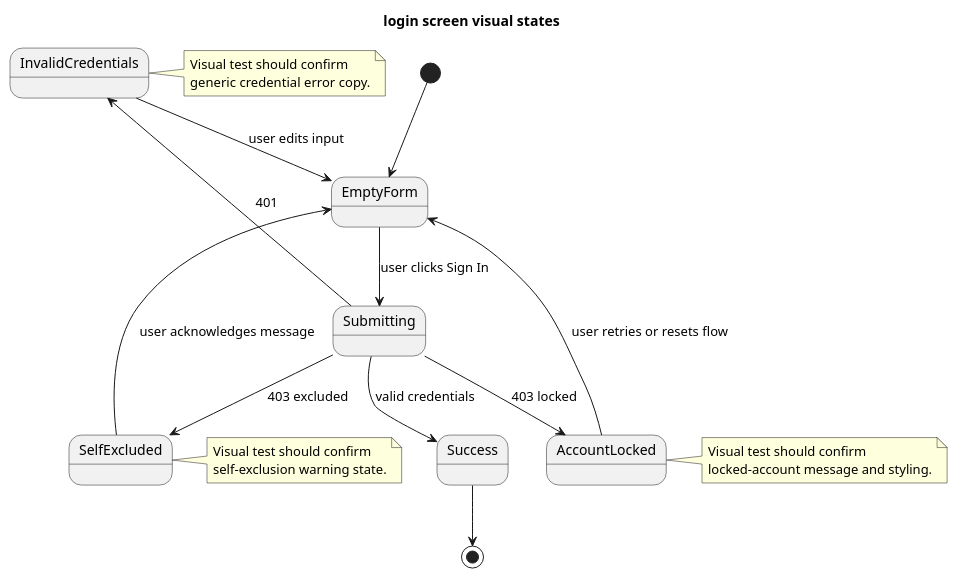
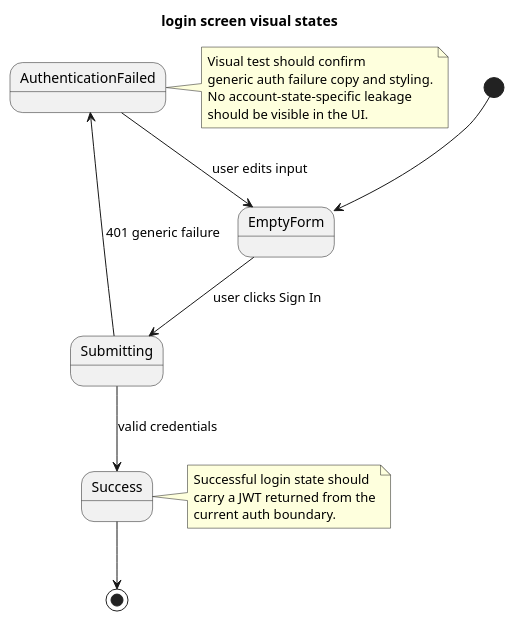
Before and after one commit to smileysmiles/login-base: the diagram in docs/login-visual-states.puml, drawn with PlantUML. The commit also changed 17 other files, not shown here.

Commit message:
Add JWT issuance to login success path

```diff
--- a/docs/login-visual-states.puml
+++ b/docs/login-visual-states.puml
@@ -1,38 +1,30 @@
 @startuml
 title login screen visual states
 
 [*] --> EmptyForm
 EmptyForm --> Submitting : user clicks Sign In
 Submitting --> Success : valid credentials
-Submitting --> InvalidCredentials : 401
-Submitting --> AccountLocked : 403 locked
-Submitting --> SelfExcluded : 403 excluded
+Submitting --> AuthenticationFailed : 401 generic failure
 
-InvalidCredentials --> EmptyForm : user edits input
-AccountLocked --> EmptyForm : user retries or resets flow
-SelfExcluded --> EmptyForm : user acknowledges message
+AuthenticationFailed --> EmptyForm : user edits input
 Success --> [*]
 
 state EmptyForm
 state Submitting
 state Success
-state InvalidCredentials
-state AccountLocked
-state SelfExcluded
+state AuthenticationFailed
 
-note right of InvalidCredentials
+note right of AuthenticationFailed
 Visual test should confirm
-generic credential error copy.
+generic auth failure copy and styling.
+No account-state-specific leakage
+should be visible in the UI.
 end note
 
-note right of AccountLocked
-Visual test should confirm
-locked-account message and styling.
-end note
-
-note right of SelfExcluded
-Visual test should confirm
-self-exclusion warning state.
+note right of Success
+Successful login state should
+carry a JWT returned from the
+current auth boundary.
 end note
 
 @enduml
```
